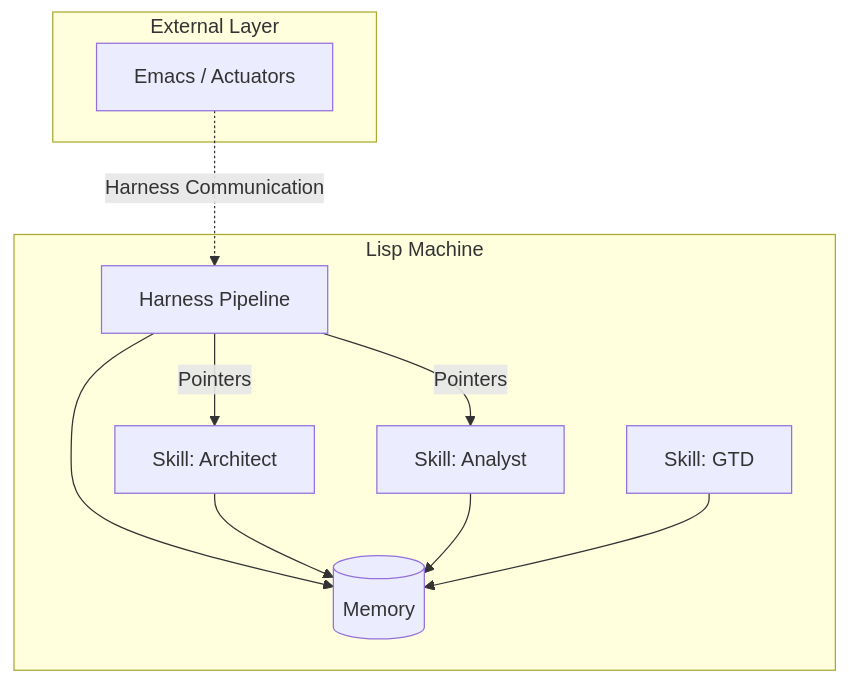
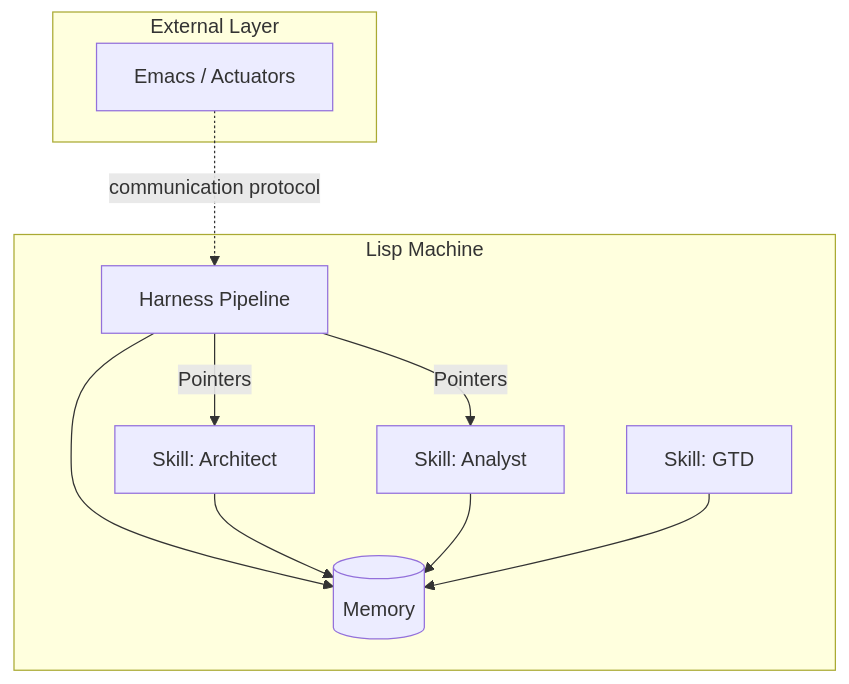
One commit to amrgharbeia/opencortex changed the diagram in literate/memory.org. Above: the diagram before and after it, drawn with Mermaid. The commit also changed 17 other files, not shown here.

```diff
--- a/literate/memory.org
+++ b/literate/memory.org
@@ -18,14 +18,14 @@
 #+begin_src mermaid
 flowchart TD
     subgraph LispMachine[Lisp Machine]
         H[Harness Pipeline] --> OS[(Memory)]
         S1[Skill: Architect] --> OS
         S2[Skill: Analyst] --> OS
         S3[Skill: GTD] --> OS
         H -- Pointers --> S1
         H -- Pointers --> S2
     end
     subgraph IPCSlow[External Layer]
-        E[Emacs / Actuators] -. Harness Communication .-> H
+        E[Emacs / Actuators] -. communication protocol .-> H
     end
 #+end_src
```
